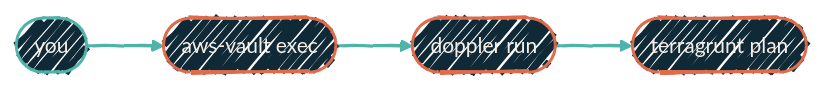
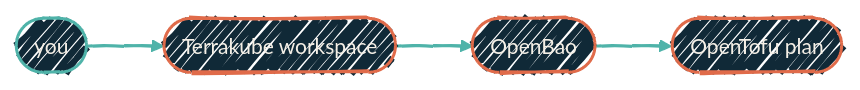
Before and after one commit to dryvist/docs: the third of 3 diagrams in security/how-it-fits-together.mdx, drawn with Mermaid. The commit also changed other lines of this file and 17 other files, not shown here.

Commit message:
docs(iac): standardize on Terrakube and OpenBao

````diff
--- a/security/how-it-fits-together.mdx
+++ b/security/how-it-fits-together.mdx
@@ -74,18 +74,18 @@
 ```mermaid
 %%{init: {'theme':'base','look':'handDrawn','themeVariables':{'fontFamily':'Geist','fontSize':'14px','primaryColor':'#102937','primaryTextColor':'#F4EFE6','primaryBorderColor':'#4FB3A9','lineColor':'#4FB3A9','secondaryColor':'#0B1D2A','tertiaryColor':'#1A2A38','clusterBkg':'rgba(79,179,169,0.08)','clusterBorder':'#4FB3A9'}}}%%
 flowchart LR
   You([you])
-  AV([aws-vault exec])
-  DR([doppler run])
-  TG([terragrunt plan])
+  TK([Terrakube workspace])
+  Bao([OpenBao])
+  Tofu([OpenTofu plan])
 
-  You --> AV --> DR --> TG
+  You --> TK --> Bao --> Tofu
 
   classDef host fill:#102937,stroke:#4FB3A9,stroke-width:2px,color:#F4EFE6;
   classDef proc fill:#102937,stroke:#E06B4A,stroke-width:2px,color:#F4EFE6;
 
   class You host
-  class AV,DR,TG proc
+  class TK,Bao,Tofu proc
 
   linkStyle 0,1,2 stroke:#4FB3A9,stroke-width:2px;
 ```
````
